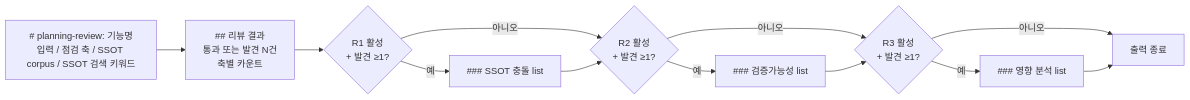
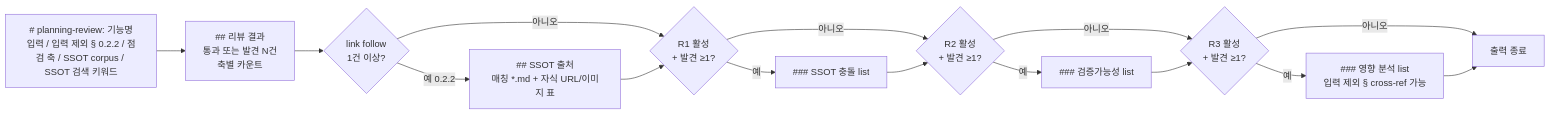
One commit to inkwonjung-colosseum/plugins changed the sixth of 8 diagrams in planning-kit/docs/planning-review-workflow.md. Above: the diagram before and after it, drawn with Mermaid. The commit also changed other lines of this file and 9 other files, not shown here.

````diff
--- a/planning-kit/docs/planning-review-workflow.md
+++ b/planning-kit/docs/planning-review-workflow.md
@@ -134,15 +139,18 @@
 ```mermaid
 flowchart LR
-  H[# planning-review: 기능명<br/>입력 / 점검 축 / SSOT corpus / SSOT 검색 키워드]
+  H[# planning-review: 기능명<br/>입력 / 입력 제외 § 0.2.2 / 점검 축 / SSOT corpus / SSOT 검색 키워드]
   H --> RR[## 리뷰 결과<br/>통과 또는 발견 N건<br/>축별 카운트]
-  RR --> S1{R1 활성<br/>+ 발견 ≥1?}
+  RR --> SO{link follow<br/>1건 이상?}
+  SO -->|예 0.2.2| SOO[## SSOT 출처<br/>매칭 *.md + 자식 URL/이미지 표]
+  SO -->|아니오| S1
+  SOO --> S1{R1 활성<br/>+ 발견 ≥1?}
   S1 -->|예| SS1[### SSOT 충돌 list]
   S1 -->|아니오| S2
   SS1 --> S2{R2 활성<br/>+ 발견 ≥1?}
   S2 -->|예| SS2[### 검증가능성 list]
   S2 -->|아니오| S3
   SS2 --> S3{R3 활성<br/>+ 발견 ≥1?}
-  S3 -->|예| SS3[### 영향 분석 list]
+  S3 -->|예| SS3[### 영향 분석 list<br/>입력 제외 § cross-ref 가능]
   S3 -->|아니오| FIN[출력 종료]
   SS3 --> FIN
 ```
````
